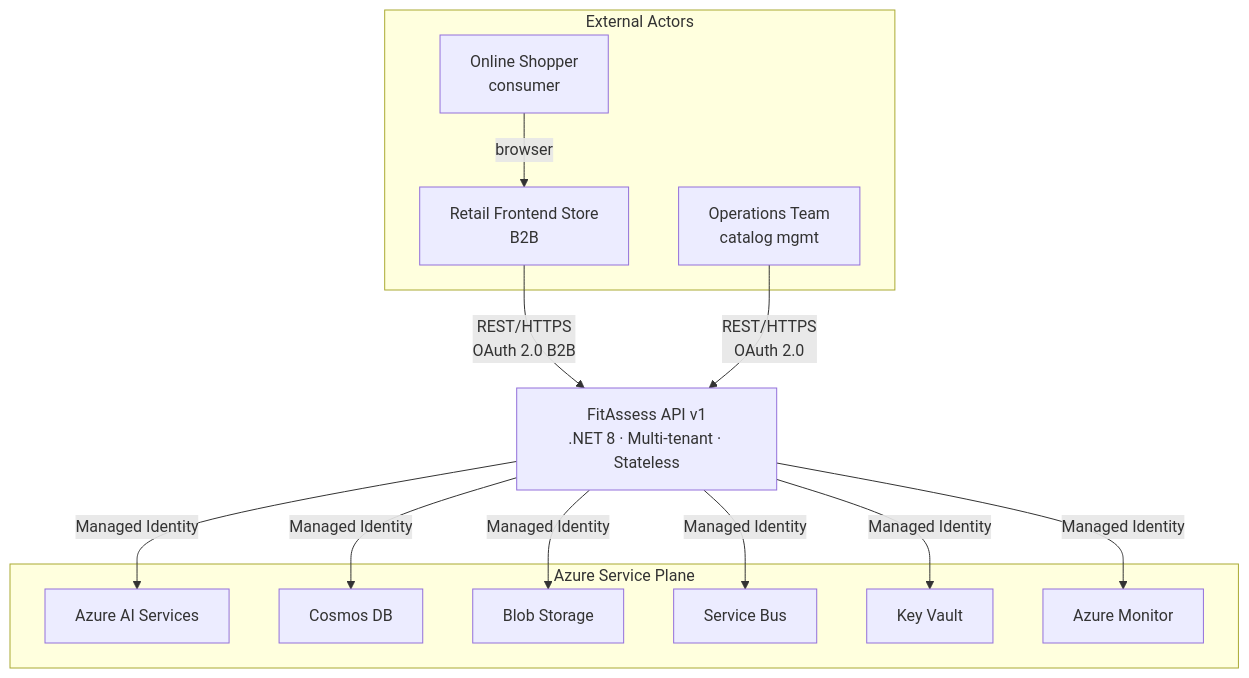
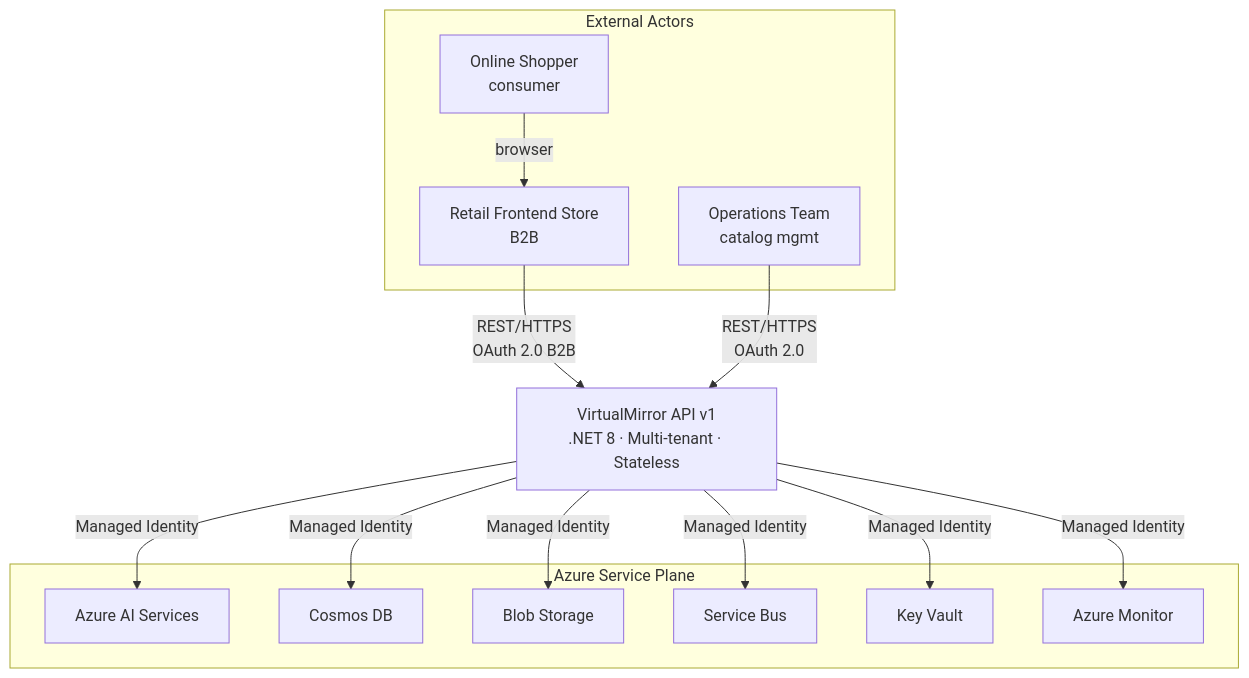
One commit to akhayash/RetailTeam-workshop changed the first of 12 diagrams in docs/architecture/diagrams-mermaid.md. Above: the diagram before and after it, drawn with Mermaid. The commit also changed other lines of this file and 14 other files, not shown here.

First line of the commit message:
docs: rename FitAssess to VirtualMirror across all project docs

````diff
--- a/docs/architecture/diagrams-mermaid.md
+++ b/docs/architecture/diagrams-mermaid.md
@@ -11,29 +11,29 @@
 ```mermaid
 graph TB
     subgraph External Actors
         Shopper[Online Shopper<br/>consumer]
         RetailFE[Retail Frontend Store<br/>B2B]
         OpsTeam[Operations Team<br/>catalog mgmt]
     end
 
-    API[FitAssess API v1<br/>.NET 8 · Multi-tenant · Stateless]
+    API[VirtualMirror API v1<br/>.NET 8 · Multi-tenant · Stateless]
 
     subgraph Azure Service Plane
         AIServices[Azure AI Services]
         CosmosDB[Cosmos DB]
         BlobStorage[Blob Storage]
         ServiceBus[Service Bus]
         KeyVault[Key Vault]
         Monitor[Azure Monitor]
     end
 
     Shopper -->|browser| RetailFE
     RetailFE -->|REST/HTTPS<br/>OAuth 2.0 B2B| API
     OpsTeam -->|REST/HTTPS<br/>OAuth 2.0| API
     API -->|Managed Identity| AIServices
     API -->|Managed Identity| CosmosDB
     API -->|Managed Identity| BlobStorage
     API -->|Managed Identity| ServiceBus
     API -->|Managed Identity| KeyVault
     API -->|Managed Identity| Monitor
 ```
````
